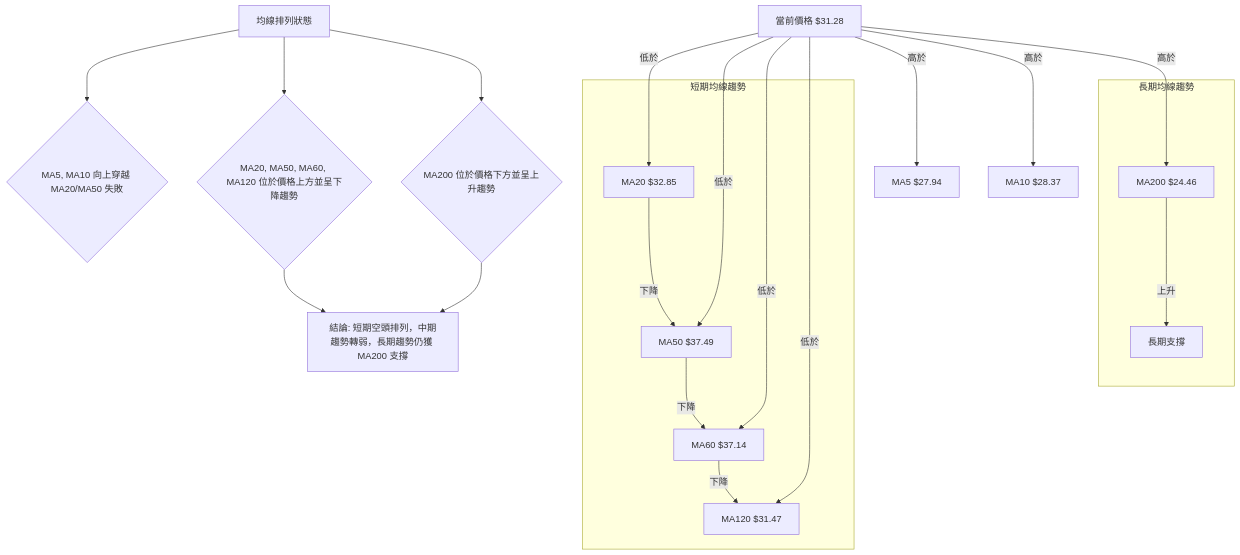
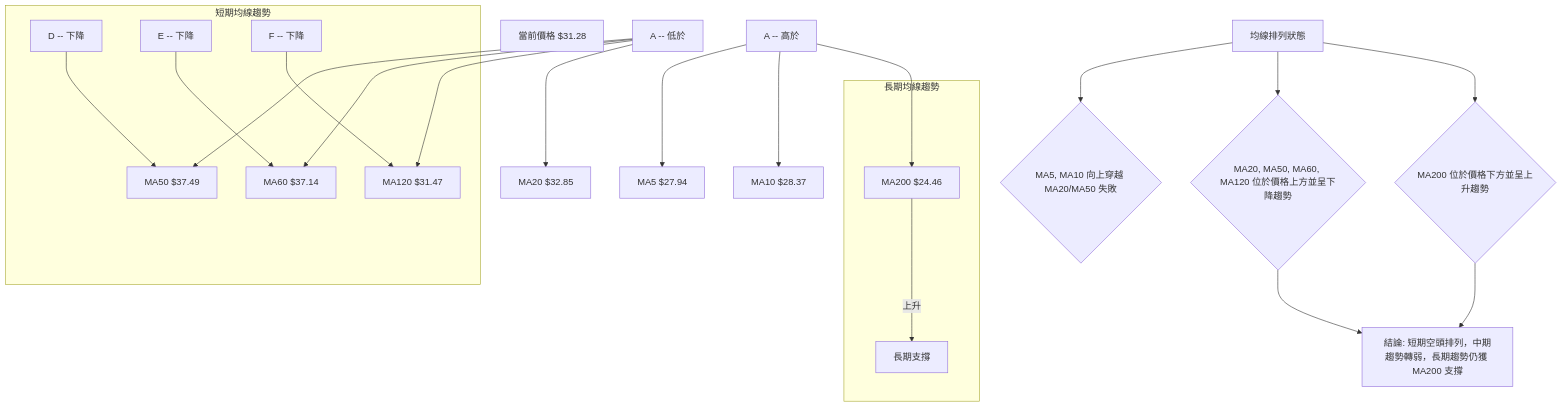
The sixth of 11 diagrams in ai_gen_report/stock/pl/technical_analysis_2026-06-29_gemini.md (yennanliu/finance_data), drawn with Mermaid before and after one commit. The commit also changed other lines of this file and 2258 other files, not shown here.

First line of the commit message:
chore: backfill Mermaid syntax repair across existing reports

````diff
--- a/ai_gen_report/stock/pl/technical_analysis_2026-06-29_gemini.md
+++ b/ai_gen_report/stock/pl/technical_analysis_2026-06-29_gemini.md
@@ -446,34 +446,34 @@
 ```mermaid
 graph TD
-    A[當前價格 $31.28]
-    B[MA5 $27.94]
-    C[MA10 $28.37]
-    D[MA20 $32.85]
-    E[MA50 $37.49]
-    F[MA60 $37.14]
-    G[MA120 $31.47]
-    H[MA200 $24.46]
+    A["當前價格 $31.28"]
+    B["MA5 $27.94"]
+    C["MA10 $28.37"]
+    D["MA20 $32.85"]
+    E["MA50 $37.49"]
+    F["MA60 $37.14"]
+    G["MA120 $31.47"]
+    H["MA200 $24.46"]
 
-    A -- 低於 --> D
-    A -- 低於 --> E
-    A -- 低於 --> F
-    A -- 低於 --> G
-    A -- 高於 --> B
-    A -- 高於 --> C
-    A -- 高於 --> H
+    nb1["A -- 低於"] --> D
+    nb1["A -- 低於"] --> E
+    nb1["A -- 低於"] --> F
+    nb1["A -- 低於"] --> G
+    nb2["A -- 高於"] --> B
+    nb2["A -- 高於"] --> C
+    nb2["A -- 高於"] --> H
 
     subgraph 短期均線趨勢
-        D -- 下降 --> E
-        E -- 下降 --> F
-        F -- 下降 --> G
+        nb3["D -- 下降"] --> E
+        nb4["E -- 下降"] --> F
+        nb5["F -- 下降"] --> G
     end
 
     subgraph 長期均線趨勢
-        H -- 上升 --> B_long_trend[長期支撐]
+        H -- 上升 --> B_long_trend["長期支撐"]
     end
 
-    I[均線排列狀態] --> J{MA5, MA10 向上穿越 MA20/MA50 失敗}
-    I --> K{MA20, MA50, MA60, MA120 位於價格上方並呈下降趨勢}
-    I --> L{MA200 位於價格下方並呈上升趨勢}
-    K & L --> M[結論: 短期空頭排列，中期趨勢轉弱，長期趨勢仍獲 MA200 支撐]
+    I["均線排列狀態"] --> J{"MA5, MA10 向上穿越 MA20/MA50 失敗"}
+    I --> K{"MA20, MA50, MA60, MA120 位於價格上方並呈下降趨勢"}
+    I --> L{"MA200 位於價格下方並呈上升趨勢"}
+    K & L --> M["結論: 短期空頭排列，中期趨勢轉弱，長期趨勢仍獲 MA200 支撐"]
 ```
````
